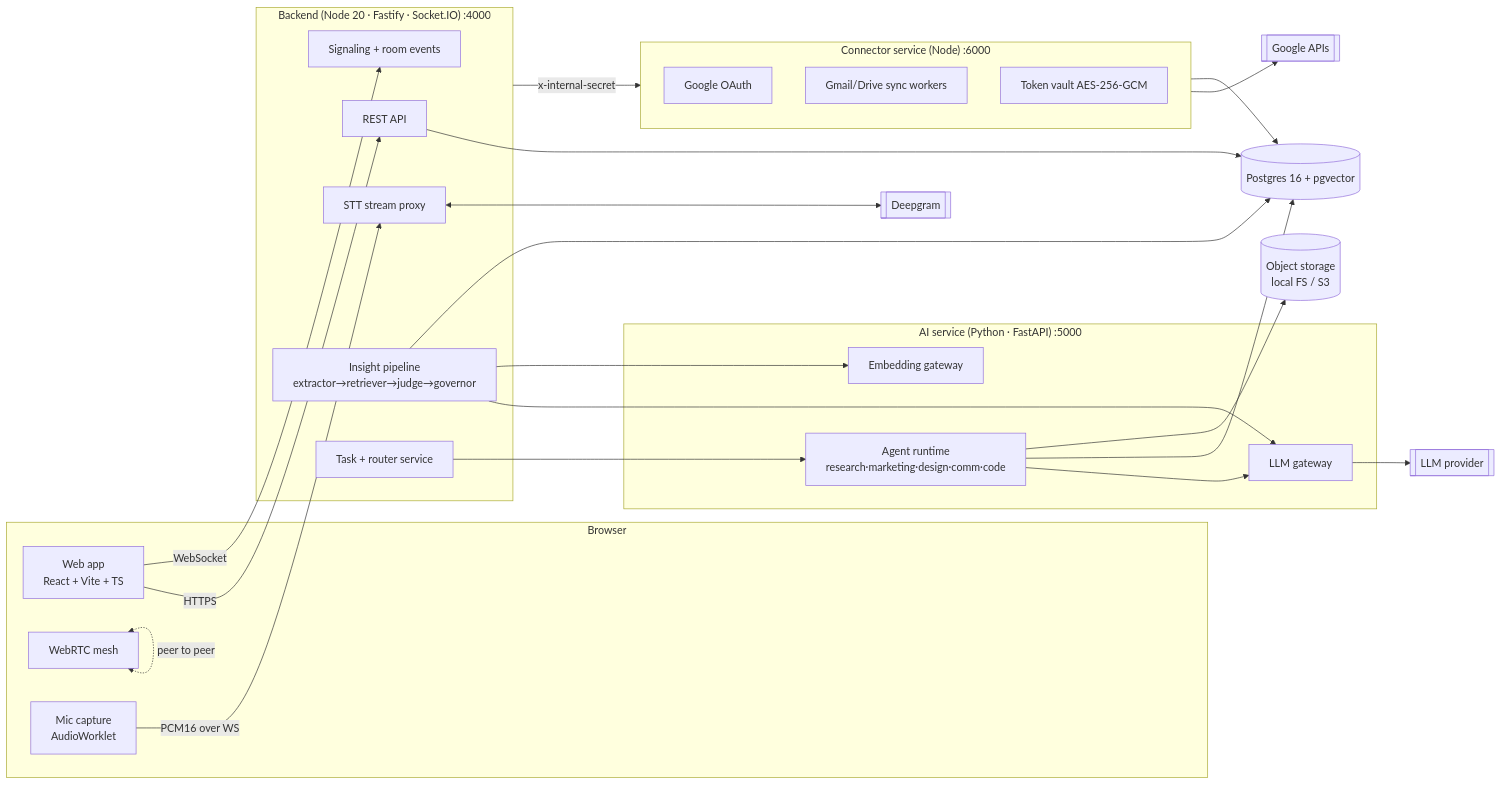
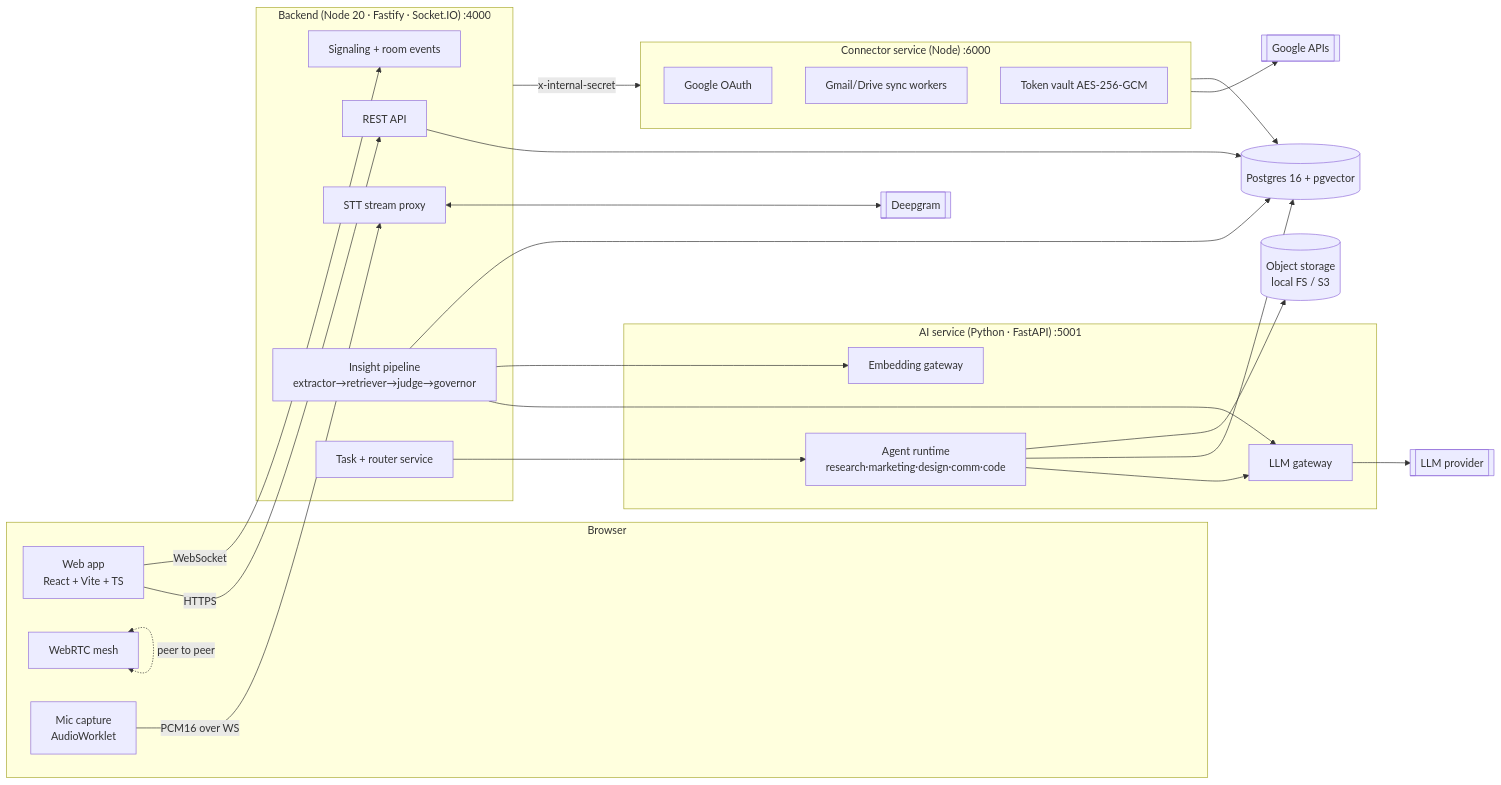
One commit to Octaves0911/meta-ai-hackathon changed the first of 3 diagrams in docs/01-architecture.md. Above: the diagram before and after it, drawn with Mermaid. The commit also changed other lines of this file and 2 other files, not shown here.

Commit message:
fix(infra): move AI service to port 5001
macOS AirPlay Receiver listens on 5000 (IPv6), shadowing the service
for localhost clients. Updates start script, shared ports and docs.

````diff
--- a/docs/01-architecture.md
+++ b/docs/01-architecture.md
@@ -15,52 +15,52 @@
 ```mermaid
 flowchart LR
   subgraph Browser
     WEB[Web app<br/>React + Vite + TS]
     RTC[WebRTC mesh]
     CAP[Mic capture<br/>AudioWorklet]
   end
 
   subgraph Node["Backend (Node 20 · Fastify · Socket.IO) :4000"]
     REST[REST API]
     SIG[Signaling + room events]
     STT[STT stream proxy]
     PIPE[Insight pipeline<br/>extractor→retriever→judge→governor]
     TASKS[Task + router service]
   end
 
-  subgraph AI["AI service (Python · FastAPI) :5000"]
+  subgraph AI["AI service (Python · FastAPI) :5001"]
     LLM[LLM gateway]
     EMB[Embedding gateway]
     AGENTS[Agent runtime<br/>research·marketing·design·comm·code]
   end
 
   subgraph CONN["Connector service (Node) :6000"]
     OAUTH[Google OAuth]
     SYNC[Gmail/Drive sync workers]
     VAULT[Token vault AES-256-GCM]
   end
 
   PG[(Postgres 16 + pgvector)]
   OBJ[(Object storage<br/>local FS / S3)]
   DG[[Deepgram]]
   GOOG[[Google APIs]]
   MODEL[[LLM provider]]
 
   WEB -- HTTPS --> REST
   WEB -- WebSocket --> SIG
   CAP -- PCM16 over WS --> STT
   RTC <-. peer to peer .-> RTC
   STT <--> DG
   PIPE --> LLM
   PIPE --> EMB
   TASKS --> AGENTS
   AGENTS --> LLM
   REST --> PG
   PIPE --> PG
   AGENTS --> PG
   AGENTS --> OBJ
   Node -- x-internal-secret --> CONN
   CONN --> GOOG
   CONN --> PG
   LLM --> MODEL
 ```
````
